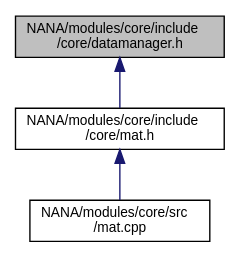
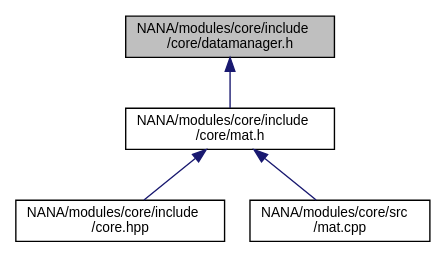
One commit to YuruTu/NANA changed the diagram in docs/modules_2core_2include_2core_2datamanager_8h__dep__incl.dot. Above: the diagram before and after it, drawn with Graphviz. The commit also changed 206 other files, not shown here.

Commit message:
增加多视图几何模块

```diff
--- a/docs/modules_2core_2include_2core_2datamanager_8h__dep__incl.dot
+++ b/docs/modules_2core_2include_2core_2datamanager_8h__dep__incl.dot
@@ -1,11 +1,13 @@
 digraph "NANA/modules/core/include/core/datamanager.h"
 {
  // LATEX_PDF_SIZE
   edge [fontname="Helvetica",fontsize="10",labelfontname="Helvetica",labelfontsize="10"];
   node [fontname="Helvetica",fontsize="10",shape=record];
   Node1 [label="NANA/modules/core/include\l/core/datamanager.h",height=0.2,width=0.4,color="black", fillcolor="grey75", style="filled", fontcolor="black",tooltip="实现一个数据管理器"];
   Node1 -> Node2 [dir="back",color="midnightblue",fontsize="10",style="solid",fontname="Helvetica"];
   Node2 [label="NANA/modules/core/include\l/core/mat.h",height=0.2,width=0.4,color="black", fillcolor="white", style="filled",URL="$modules_2core_2include_2core_2mat_8h.html",tooltip="实现一个用于矩阵运算的模板类(仍在实现当中)"];
   Node2 -> Node3 [dir="back",color="midnightblue",fontsize="10",style="solid",fontname="Helvetica"];
-  Node3 [label="NANA/modules/core/src\l/mat.cpp",height=0.2,width=0.4,color="black", fillcolor="white", style="filled",URL="$mat_8cpp.html",tooltip="实现Mat的相关功能"];
+  Node3 [label="NANA/modules/core/include\l/core.hpp",height=0.2,width=0.4,color="black", fillcolor="white", style="filled",URL="$modules_2core_2include_2core_8hpp.html",tooltip="包含基本的数据结构等"];
+  Node2 -> Node4 [dir="back",color="midnightblue",fontsize="10",style="solid",fontname="Helvetica"];
+  Node4 [label="NANA/modules/core/src\l/mat.cpp",height=0.2,width=0.4,color="black", fillcolor="white", style="filled",URL="$mat_8cpp.html",tooltip="实现Mat的相关功能"];
 }
```
